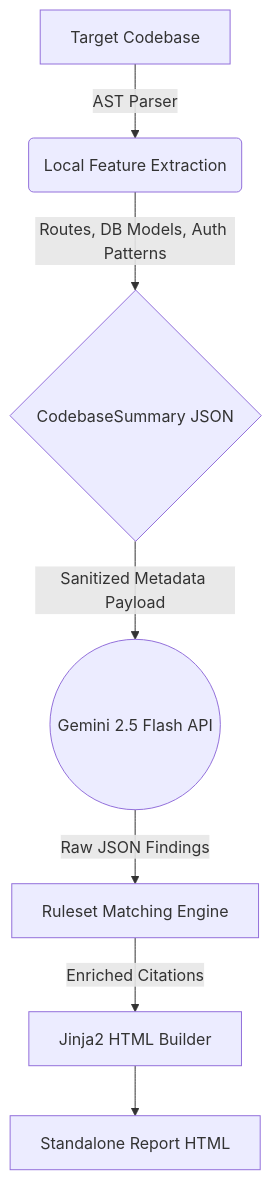
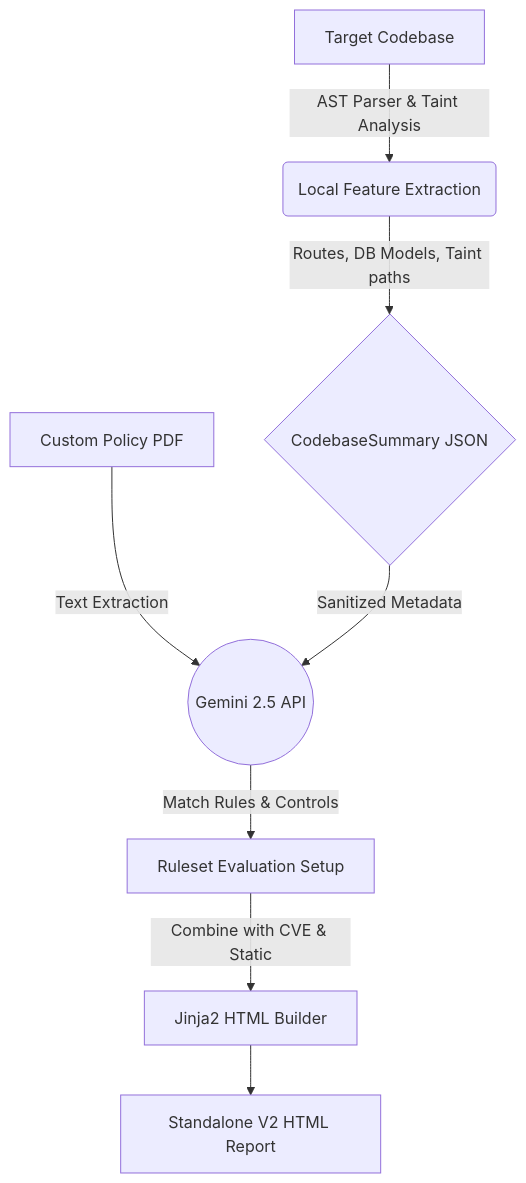
The diagram in README.md (Yatharth-Bhavsar/AuditX), drawn with Mermaid before and after one commit. The commit also changed other lines of this file and 25 other files, not shown here.

````diff
--- a/README.md
+++ b/README.md
@@ -27,9 +34,10 @@
 ```mermaid
 graph TD;
-    A[Target Codebase] -->|AST Parser| B(Local Feature Extraction);
-    B -->|Routes, DB Models, Auth Patterns| C{CodebaseSummary JSON};
-    C -->|Sanitized Metadata Payload| D((Gemini 2.5 Flash API));
-    D -->|Raw JSON Findings| E[Ruleset Matching Engine];
-    E -->|Enriched Citations| F[Jinja2 HTML Builder];
-    F --> G[Standalone Report HTML];
+    A[Target Codebase] -->|AST Parser & Taint Analysis| B(Local Feature Extraction);
+    B -->|Routes, DB Models, Taint paths| C{CodebaseSummary JSON};
+    P[Custom Policy PDF] -->|Text Extraction| D((Gemini 2.5 API));
+    C -->|Sanitized Metadata| D;
+    D -->|Match Rules & Controls| E[Ruleset Evaluation Setup];
+    E -->|Combine with CVE & Static| F[Jinja2 HTML Builder];
+    F --> G[Standalone V2 HTML Report];
 ```
````
